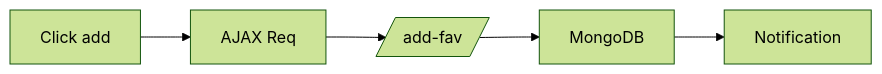
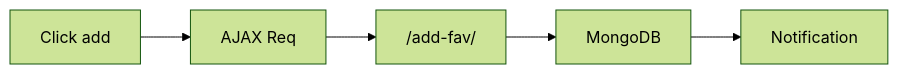
Before and after one commit to esajayantika/Node_Savora: the third of 3 diagrams in ReadMe.md, drawn with Mermaid (forest theme). The commit also changed other lines of this file, not shown here.

````diff
--- a/ReadMe.md
+++ b/ReadMe.md
@@ -55,7 +55,7 @@
 ```mermaid
 flowchart LR
   A[Click add] --> B[AJAX Req]
-  B --> C[/add-fav/]
+  B --> C["/add-fav/"]
   C --> D[MongoDB]
   D --> E[Notification]
 ```
````
